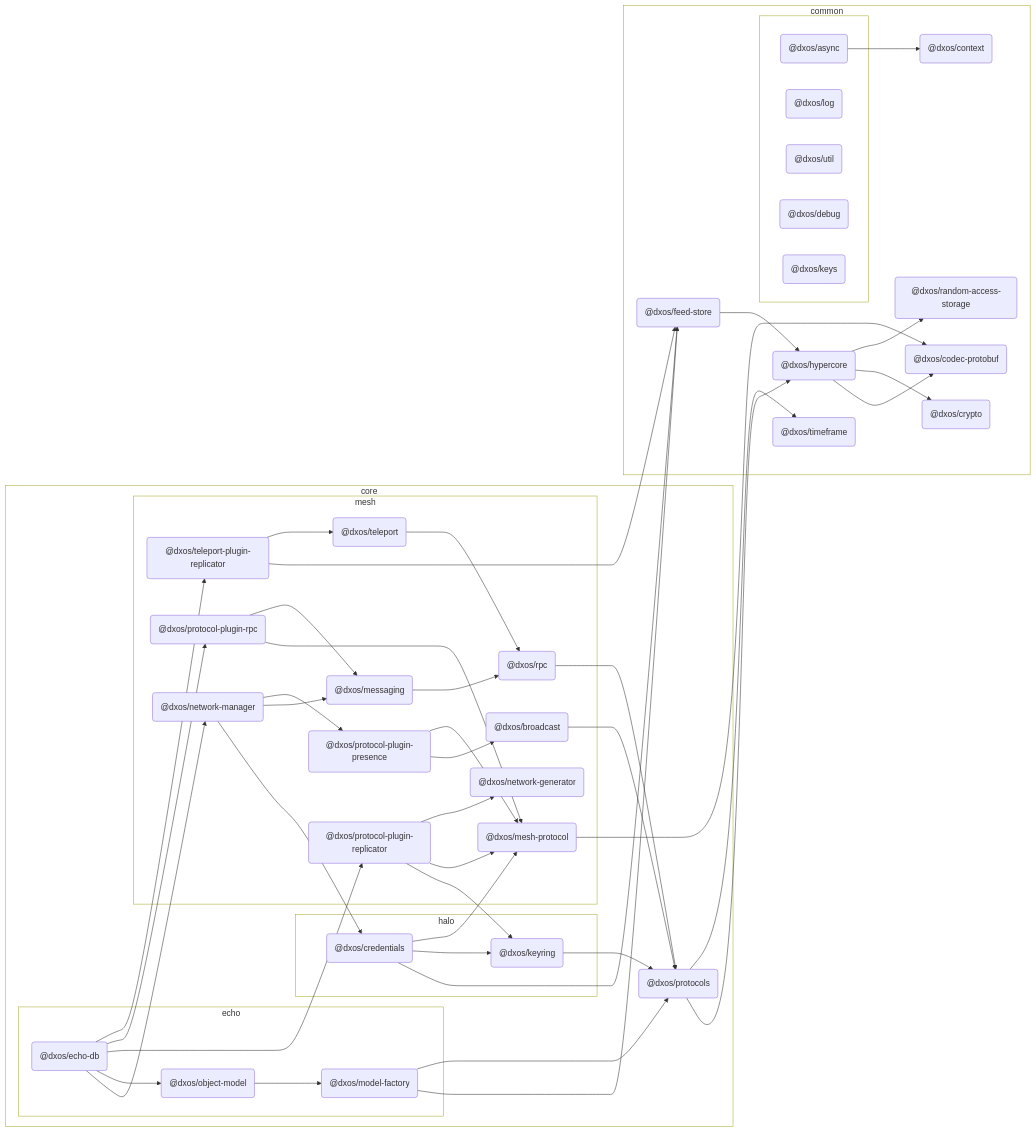
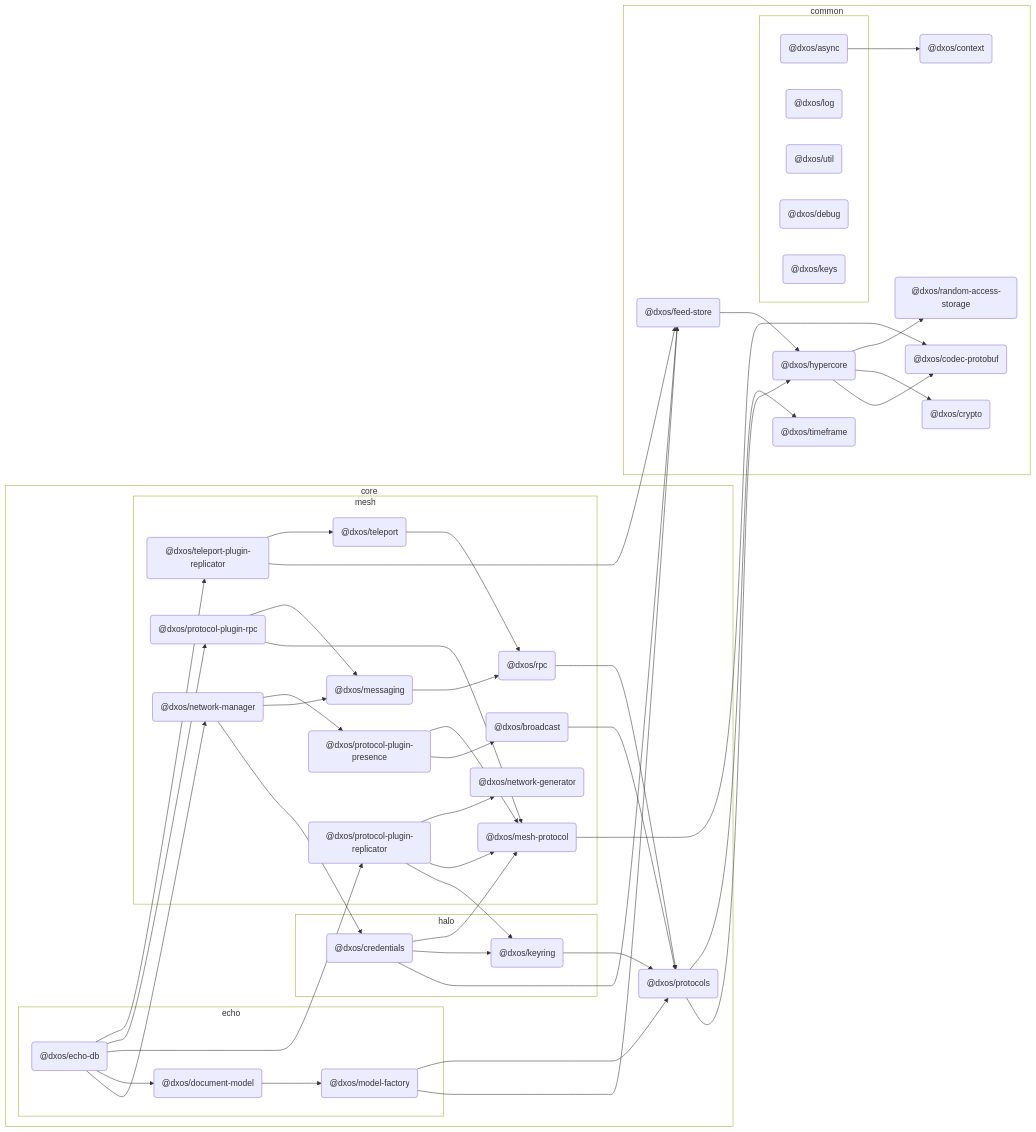
The fourth of 4 diagrams in packages/core/echo/echo-db/docs/README.md (dxos/dxos), drawn with Mermaid before and after one commit. The commit also changed other lines of this file and 47 other files, not shown here.

```diff
--- a/packages/core/echo/echo-db/docs/README.md
+++ b/packages/core/echo/echo-db/docs/README.md
@@ -282,8 +282,8 @@
     click dxos/echo-db "dxos/dxos/tree/main/packages/core/echo/echo-db/docs"
     dxos/model-factory("@dxos/model-factory"):::def
     click dxos/model-factory "dxos/dxos/tree/main/packages/core/echo/model-factory/docs"
-    dxos/object-model("@dxos/object-model"):::def
-    click dxos/object-model "dxos/dxos/tree/main/packages/core/echo/object-model/docs"
+    dxos/document-model("@dxos/document-model"):::def
+    click dxos/document-model "dxos/dxos/tree/main/packages/core/echo/document-model/docs"
   end
 
   subgraph halo [halo]
@@ -377,8 +377,8 @@
 dxos/protocol-plugin-presence --> dxos/broadcast
 dxos/broadcast --> dxos/protocols
 dxos/protocol-plugin-presence --> dxos/mesh-protocol
-dxos/echo-db --> dxos/object-model
-dxos/object-model --> dxos/model-factory
+dxos/echo-db --> dxos/document-model
+dxos/document-model --> dxos/model-factory
 dxos/echo-db --> dxos/protocol-plugin-replicator
 dxos/protocol-plugin-replicator --> dxos/keyring
 dxos/protocol-plugin-replicator --> dxos/mesh-protocol
```
